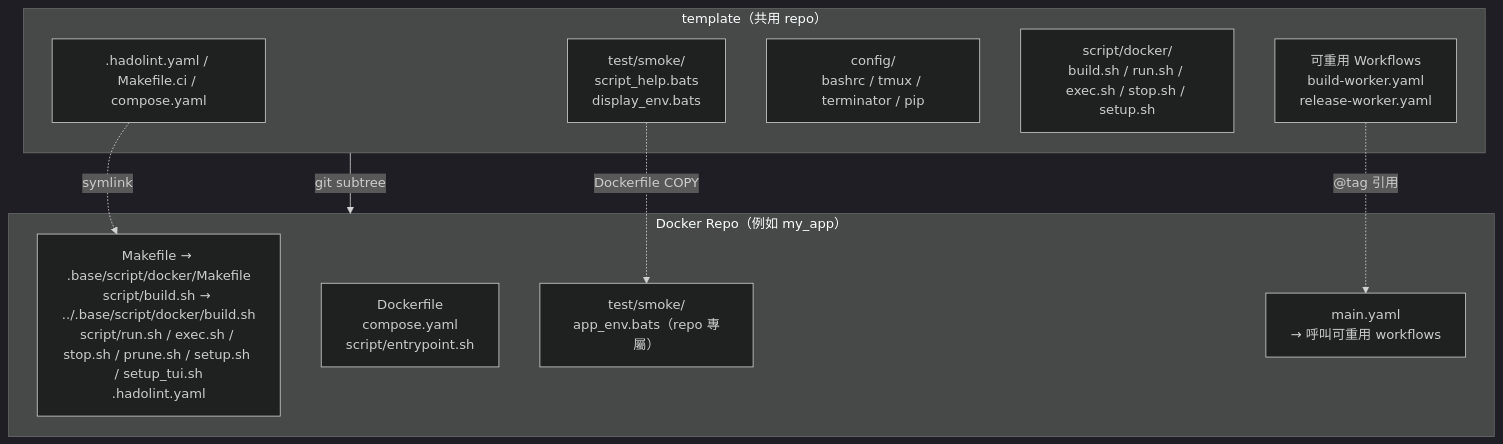
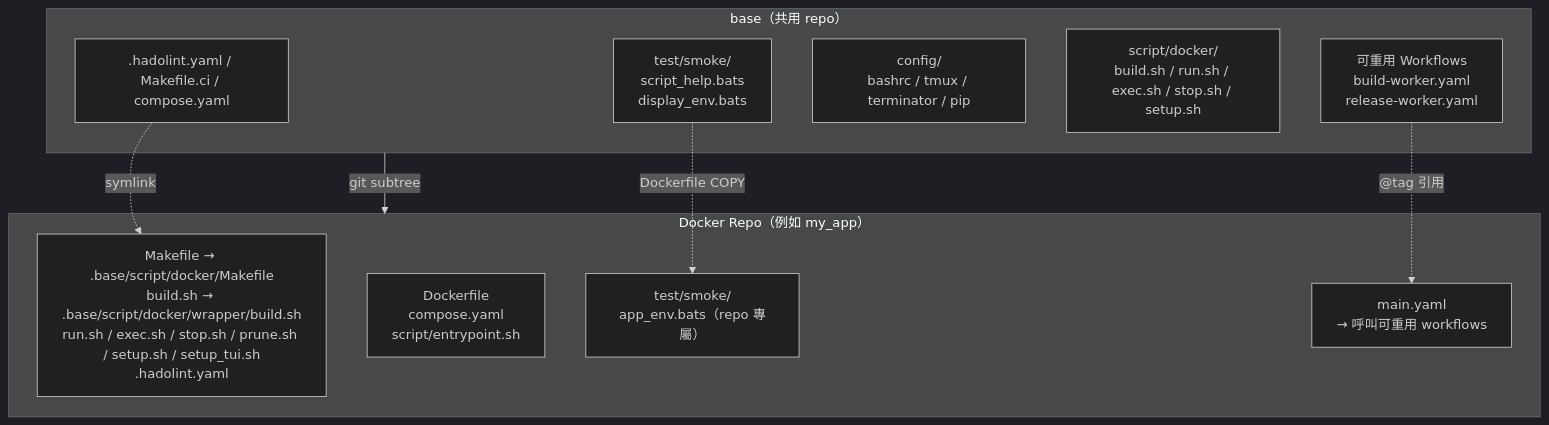
One commit to ycpss91255-docker/base changed the first of 2 diagrams in doc/readme/README.zh-TW.md. Above: the diagram before and after it, drawn with Mermaid (dark theme). The commit also changed other lines of this file and 4 other files, not shown here.

````diff
--- a/doc/readme/README.zh-TW.md
+++ b/doc/readme/README.zh-TW.md
@@ -56,22 +56,22 @@
 ```mermaid
 graph TB
-    subgraph template["template（共用 repo）"]
+    subgraph base["base（共用 repo）"]
         scripts[".hadolint.yaml / Makefile.ci / compose.yaml"]
         smoke["test/smoke/<br/>script_help.bats<br/>display_env.bats"]
         config["config/<br/>bashrc / tmux / terminator / pip"]
         mgmt["script/docker/<br/>build.sh / run.sh / exec.sh / stop.sh / setup.sh"]
         workflows["可重用 Workflows<br/>build-worker.yaml<br/>release-worker.yaml"]
     end
 
     subgraph consumer["Docker Repo（例如 my_app）"]
-        symlinks["Makefile → .base/script/docker/Makefile<br/>script/build.sh → ../.base/script/docker/build.sh<br/>script/run.sh / exec.sh / stop.sh / prune.sh / setup.sh / setup_tui.sh<br/>.hadolint.yaml"]
+        symlinks["Makefile → .base/script/docker/Makefile<br/>build.sh → .base/script/docker/wrapper/build.sh<br/>run.sh / exec.sh / stop.sh / prune.sh / setup.sh / setup_tui.sh<br/>.hadolint.yaml"]
         dockerfile["Dockerfile<br/>compose.yaml<br/>script/entrypoint.sh"]
         repo_test["test/smoke/<br/>app_env.bats（repo 專屬）"]
         main_yaml["main.yaml<br/>→ 呼叫可重用 workflows"]
     end
 
-    template -- "git subtree" --> consumer
+    base -- "git subtree" --> consumer
     scripts -. "symlink" .-> symlinks
     smoke -. "Dockerfile COPY" .-> repo_test
     workflows -. "@tag 引用" .-> main_yaml
 ```
````
